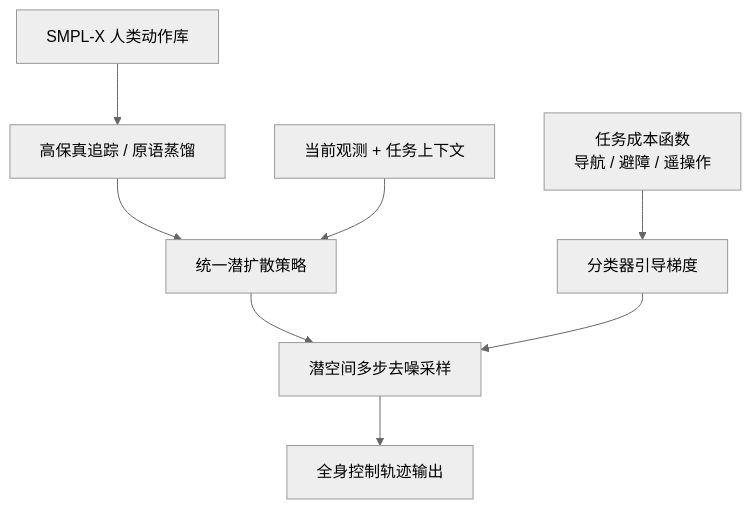
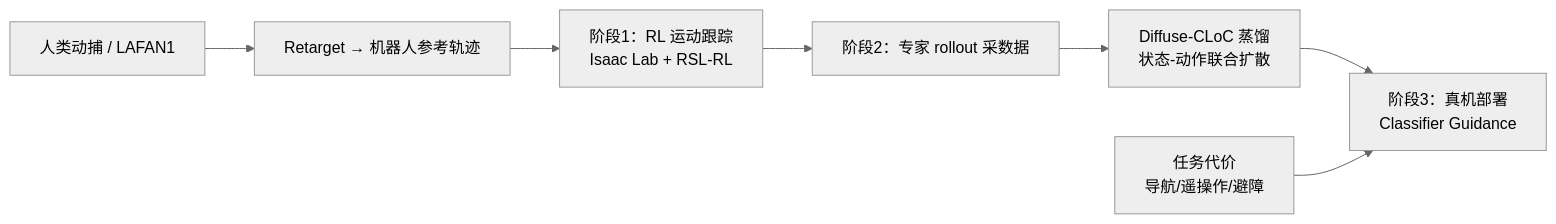
One commit to ImChong/Humanoid_Robot_Learning_Paper_Notebooks changed the first of 3 diagrams in papers/01_Foundational_RL/BeyondMimic/BeyondMimic.md. Above: the diagram before and after it, drawn with Mermaid (neutral theme). The commit also changed other lines of this file, not shown here.

```diff
--- a/papers/01_Foundational_RL/BeyondMimic/BeyondMimic.md
+++ b/papers/01_Foundational_RL/BeyondMimic/BeyondMimic.md
@@ -71,10 +84,9 @@
 <div class="mermaid">
-flowchart TB
-    Data["SMPL-X 人类动作库"] --> Track["高保真追踪 / 原语蒸馏"]
-    Track --> LDM["统一潜扩散策略"]
-    Obs["当前观测 + 任务上下文"] --> LDM
-    LDM --> Sample["潜空间多步去噪采样"]
-    Cost["任务成本函数<br/>导航 / 避障 / 遥操作"] --> Guide["分类器引导梯度"]
-    Guide --> Sample
-    Sample --> Act["全身控制轨迹输出"]
+flowchart LR
+    MoCap["人类动捕 / LAFAN1"] --> Retarget["Retarget → 机器人参考轨迹"]
+    Retarget --> RL["阶段1：RL 运动跟踪<br/>Isaac Lab + RSL-RL"]
+    RL --> Rollout["阶段2：专家 rollout 采数据"]
+    Rollout --> Diff["Diffuse-CLoC 蒸馏<br/>状态-动作联合扩散"]
+    Diff --> Deploy["阶段3：真机部署<br/>Classifier Guidance"]
+    Task["任务代价<br/>导航/遥操作/避障"] --> Deploy
 </div>
```
